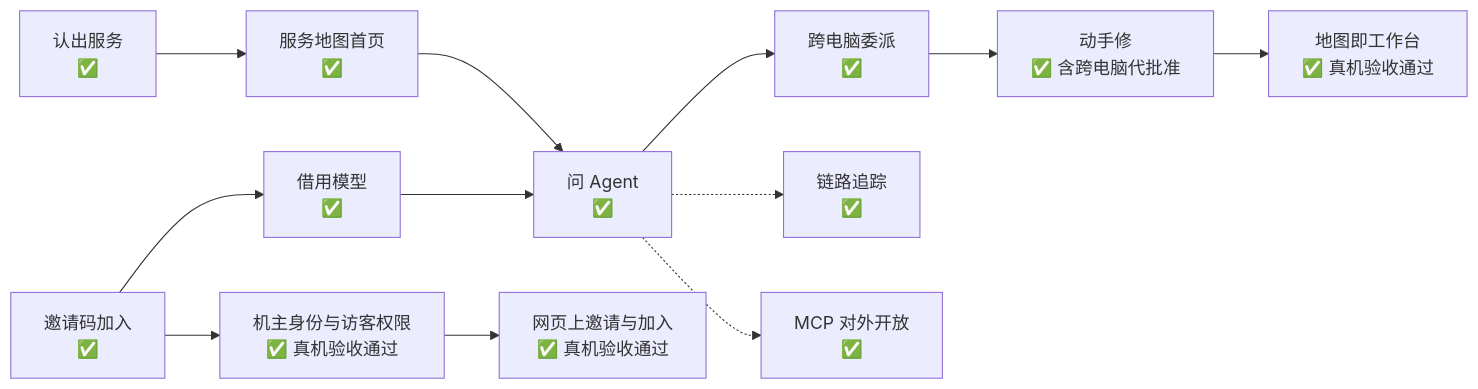
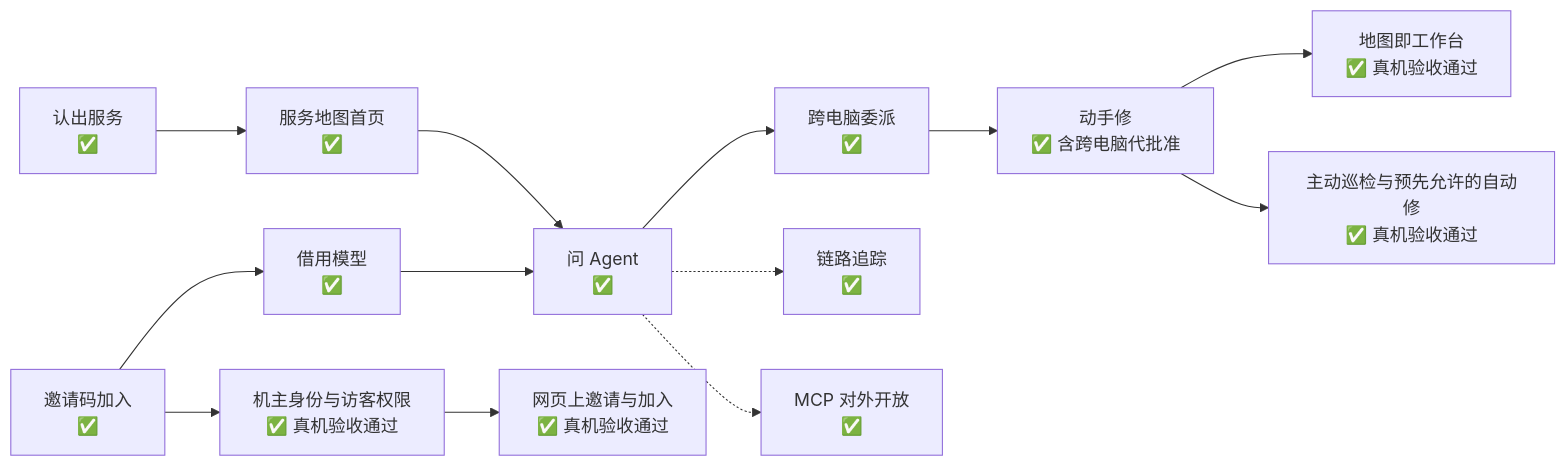
One commit to Sugarfarmeriod/TunnelMinion changed the diagram in docs/project/roadmap.md. Above: the diagram before and after it, drawn with Mermaid. The commit also changed other lines of this file and 1 other file, not shown here.

First line of the commit message:
docs: 主动巡检真机验收通过，回写路线图 (#216)

````diff
--- a/docs/project/roadmap.md
+++ b/docs/project/roadmap.md
@@ -15,14 +15,15 @@
 ```mermaid
 flowchart LR
     S["认出服务<br/>✅"] --> M["服务地图首页<br/>✅"]
     M --> Q["问 Agent<br/>✅"]
     Q --> D["跨电脑委派<br/>✅"]
     D --> R["动手修<br/>✅ 含跨电脑代批准"]
     R --> W["地图即工作台<br/>✅ 真机验收通过"]
     J["邀请码加入<br/>✅"] --> B["借用模型<br/>✅"]
     J --> I["机主身份与访客权限<br/>✅ 真机验收通过"]
     I --> G["网页上邀请与加入<br/>✅ 真机验收通过"]
+    R --> P["主动巡检与预先允许的自动修<br/>✅ 真机验收通过"]
     B --> Q
     Q -.-> O["链路追踪<br/>✅"]
     Q -.-> X["MCP 对外开放<br/>✅"]
 ```
````
